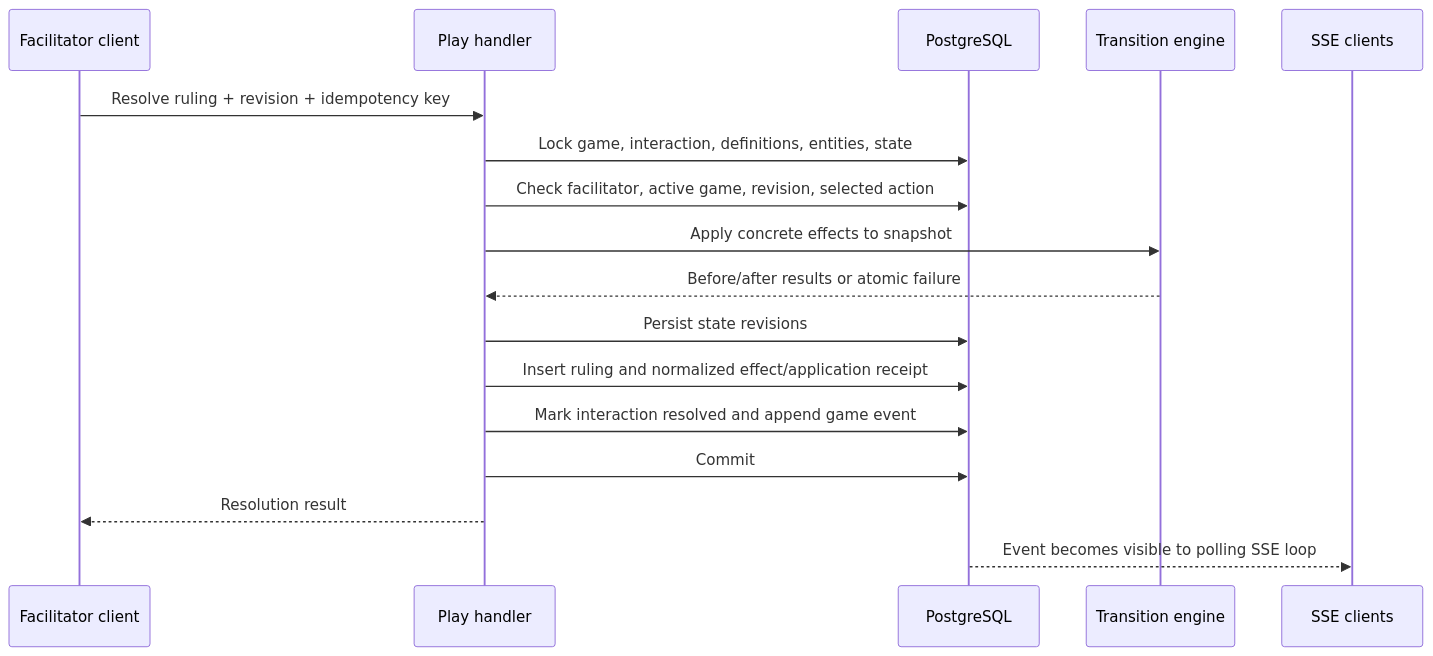
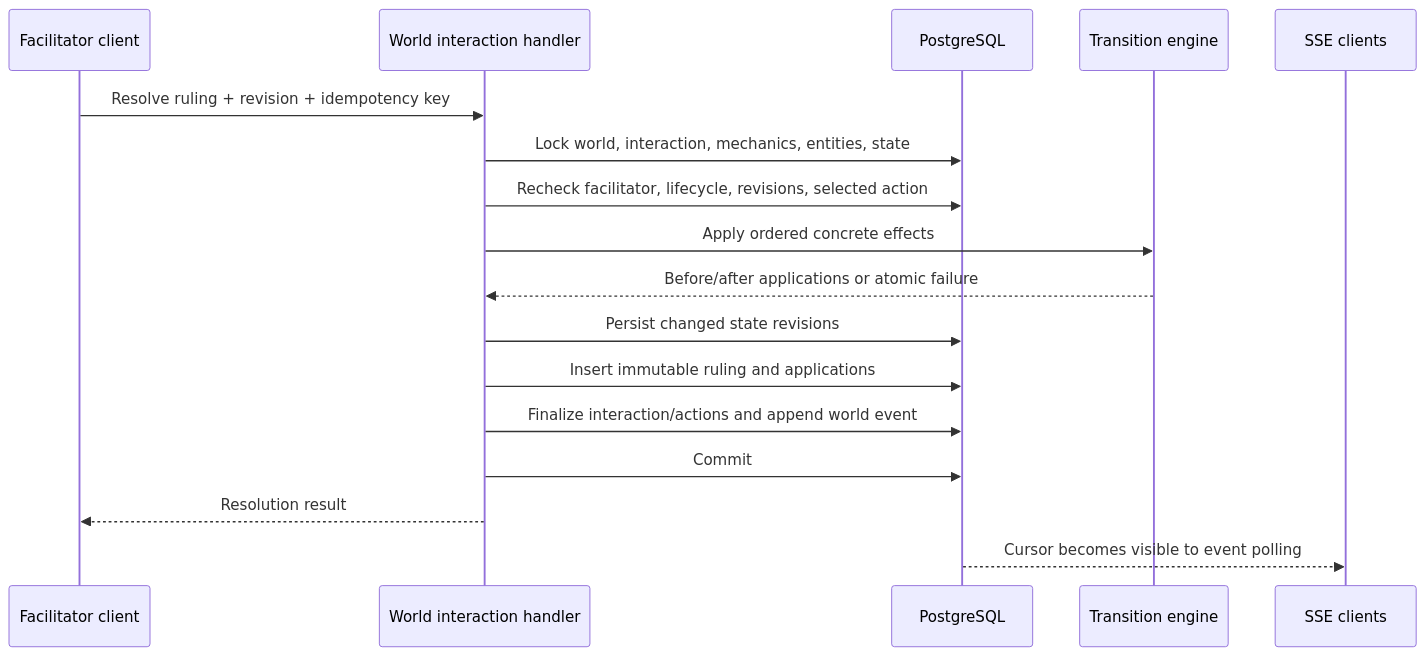
The sixth of 6 diagrams in docs/architecture.md (JTan2231/gezerah), drawn with Mermaid before and after one commit. The commit also changed other lines of this file and 110 other files, not shown here.

````diff
--- a/docs/architecture.md
+++ b/docs/architecture.md
@@ -254,20 +186,20 @@
 ```mermaid
 sequenceDiagram
     participant F as Facilitator client
-    participant H as Play handler
+    participant H as World interaction handler
     participant DB as PostgreSQL
     participant R as Transition engine
     participant E as SSE clients
 
     F->>H: Resolve ruling + revision + idempotency key
-    H->>DB: Lock game, interaction, definitions, entities, state
-    H->>DB: Check facilitator, active game, revision, selected action
-    H->>R: Apply concrete effects to snapshot
-    R-->>H: Before/after results or atomic failure
-    H->>DB: Persist state revisions
-    H->>DB: Insert ruling and normalized effect/application receipt
-    H->>DB: Mark interaction resolved and append game event
+    H->>DB: Lock world, interaction, mechanics, entities, state
+    H->>DB: Recheck facilitator, lifecycle, revisions, selected action
+    H->>R: Apply ordered concrete effects
+    R-->>H: Before/after applications or atomic failure
+    H->>DB: Persist changed state revisions
+    H->>DB: Insert immutable ruling and applications
+    H->>DB: Finalize interaction/actions and append world event
     H->>DB: Commit
     H-->>F: Resolution result
-    DB-->>E: Event becomes visible to polling SSE loop
+    DB-->>E: Cursor becomes visible to event polling
 ```
````
